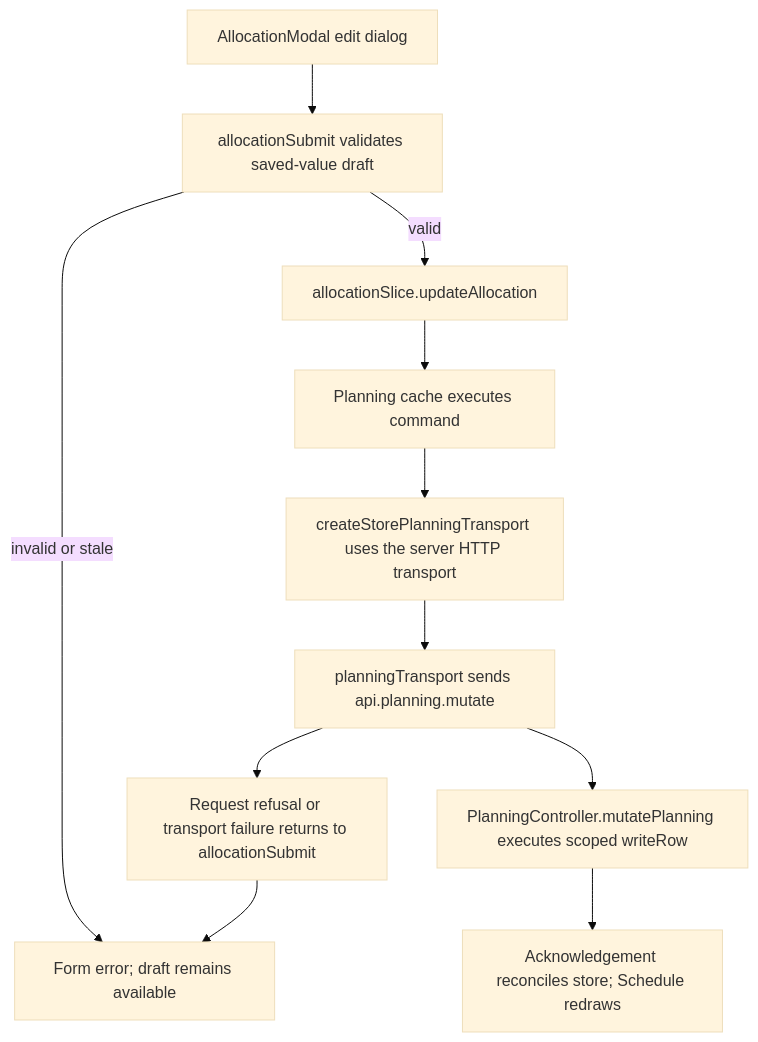
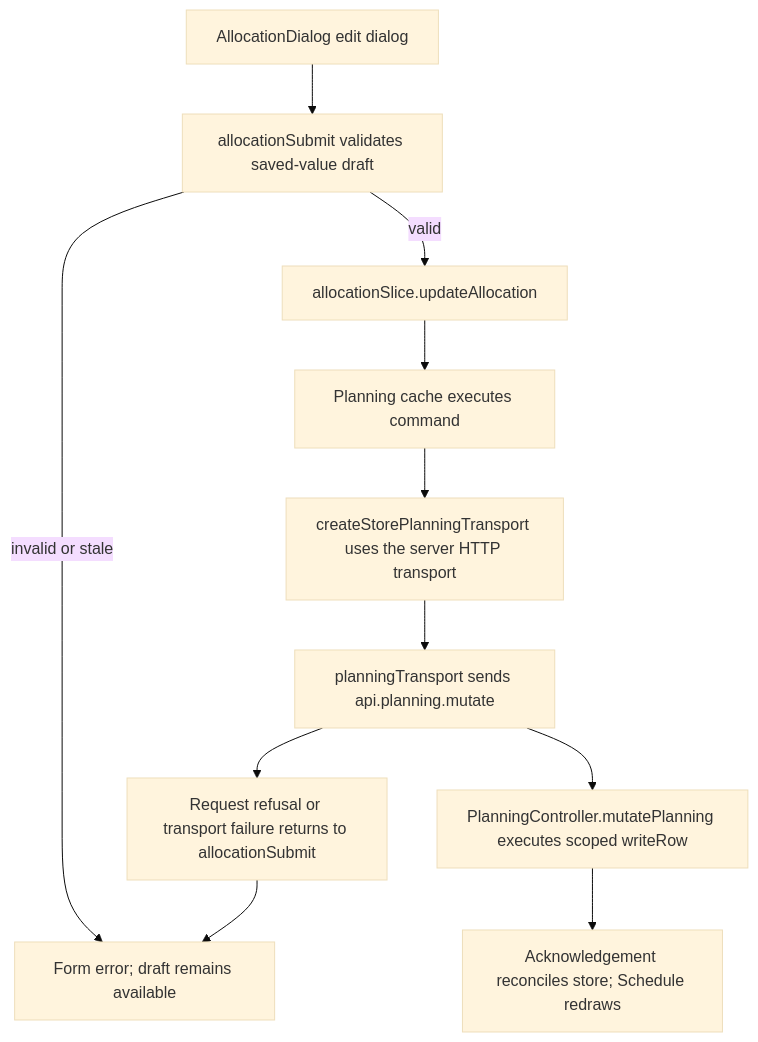
Before and after one commit to Kevinjohn/capacitylens: the second of 2 diagrams in user-stories/allocation/US-ALL-02-edit.md, drawn with Mermaid (base theme). The commit also changed other lines of this file and 47 other files, not shown here.

First line of the commit message:
Allocation dialog: rename allocation modal files and types

````diff
--- a/user-stories/allocation/US-ALL-02-edit.md
+++ b/user-stories/allocation/US-ALL-02-edit.md
@@ -51,13 +51,13 @@
 ```mermaid
 flowchart TD
-  A["AllocationModal edit dialog"] --> B["allocationSubmit validates saved-value draft"]
+  A["AllocationDialog edit dialog"] --> B["allocationSubmit validates saved-value draft"]
   B -->|valid| C["allocationSlice.updateAllocation"]
   B -->|invalid or stale| I["Form error; saved row remains"]
   C --> D["Planning cache executes command"]
   D --> E["createStorePlanningTransport uses the server HTTP transport"]
   E --> F["planningTransport sends api.planning.mutate"]
   F --> J["Request refusal or transport failure returns to allocationSubmit"]
   J --> I["Form error; draft remains available"]
   F --> G["PlanningController.mutatePlanning executes scoped writeRow"]
   G --> H["Acknowledgement reconciles store; Schedule redraws"]
 ```
````
